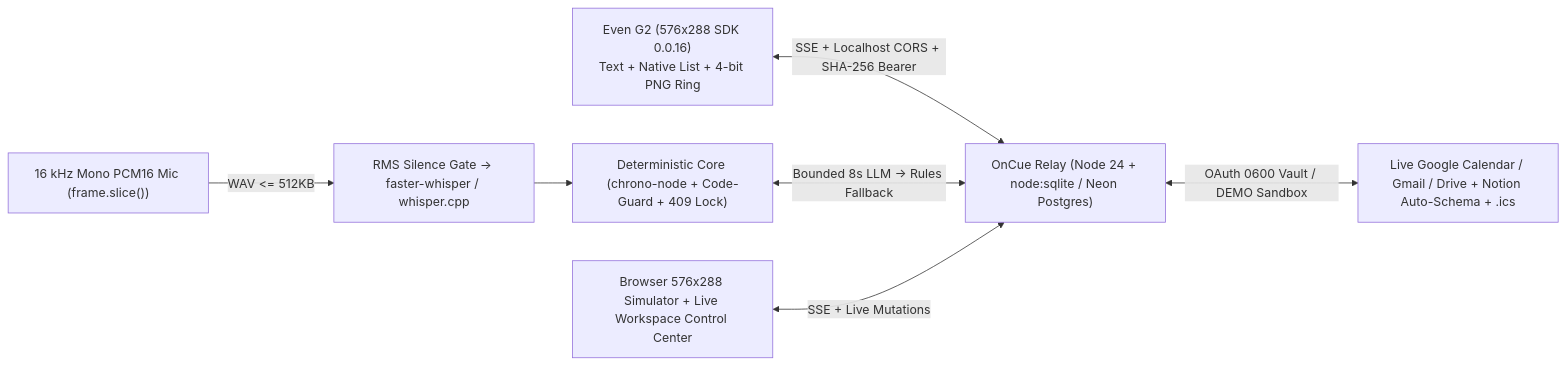
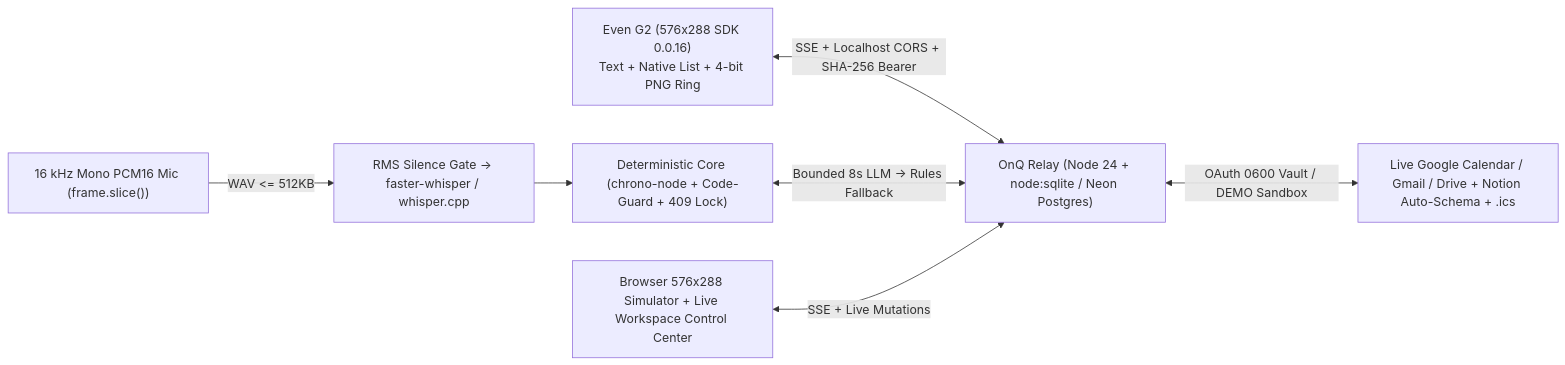
One commit to vaibhav4046/onq-even-g2 changed the diagram in README.md. Above: the diagram before and after it, drawn with Mermaid. The commit also changed other lines of this file and 76 other files, not shown here.

````diff
--- a/README.md
+++ b/README.md
@@ -53,16 +53,16 @@
 ```mermaid
 flowchart LR
   G2["Even G2 (576x288 SDK 0.0.16)\nText + Native List + 4-bit PNG Ring"]
   MIC["16 kHz Mono PCM16 Mic (frame.slice())"]
-  RELAY["OnCue Relay (Node 24 + node:sqlite / Neon Postgres)"]
+  RELAY["OnQ Relay (Node 24 + node:sqlite / Neon Postgres)"]
   STT["RMS Silence Gate -> faster-whisper / whisper.cpp"]
   CORE["Deterministic Core (chrono-node + Code-Guard + 409 Lock)"]
   WS["Live Google Calendar / Gmail / Drive + Notion Auto-Schema + .ics"]
   WEB["Browser 576x288 Simulator + Live Workspace Control Center"]
 
   G2 <-->|"SSE + Localhost CORS + SHA-256 Bearer"| RELAY
   MIC -->|"WAV <= 512KB"| STT --> CORE
   CORE <-->|"Bounded 8s LLM -> Rules Fallback"| RELAY
   RELAY <-->|"OAuth 0600 Vault / DEMO Sandbox"| WS
   WEB <-->|"SSE + Live Mutations"| RELAY
 ```
````
